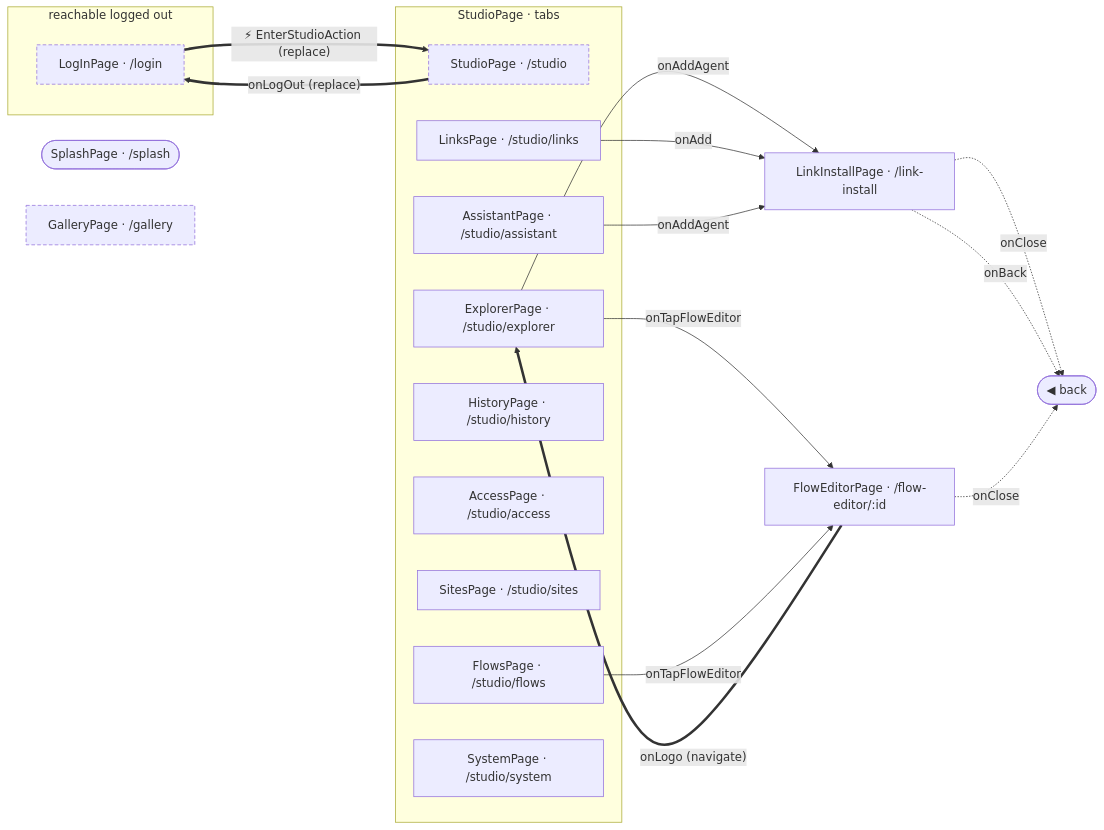
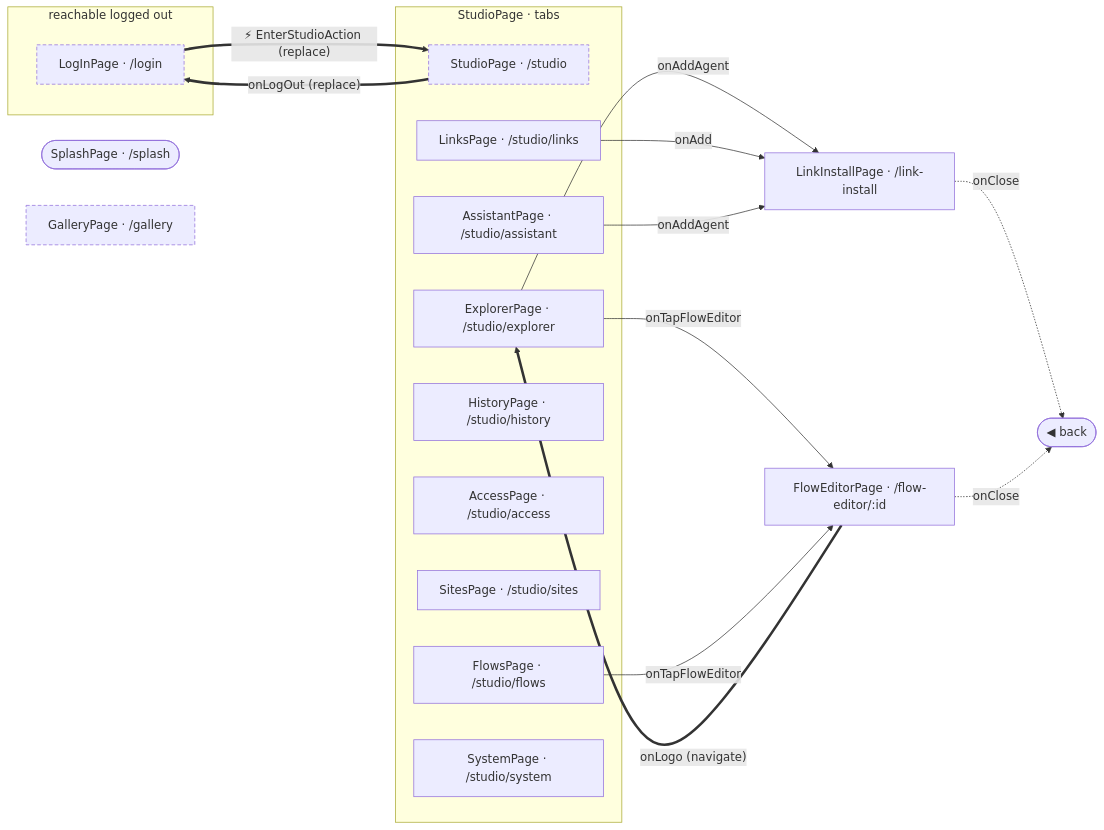
The diagram in studio/docs/flows/README.md (gencto/wyrm), drawn with Mermaid before and after one commit. The commit also changed 1 other file, not shown here.

Commit message:
studio: link install: the flow docs follow the new actions
frx flow --md after InstallBackAction and StartInstallOverAction.

Claude-Session: https://claude.ai/code/session_01Vn3CHdKwteHXtp2aCKjA4g

````diff
--- a/studio/docs/flows/README.md
+++ b/studio/docs/flows/README.md
@@ -7,37 +7,36 @@
 ```mermaid
 flowchart LR
     subgraph frxPublic["reachable logged out"]
         logIn["LogInPage · /login"]
     end
     splash(["SplashPage · /splash"])
     gallery["GalleryPage · /gallery"]
     subgraph frxTabs_studio["StudioPage · tabs"]
         studio["StudioPage · /studio"]
         explorer["ExplorerPage · /studio/explorer"]
         links["LinksPage · /studio/links"]
         flows["FlowsPage · /studio/flows"]
         history["HistoryPage · /studio/history"]
         access["AccessPage · /studio/access"]
         sites["SitesPage · /studio/sites"]
         assistant["AssistantPage · /studio/assistant"]
         system["SystemPage · /studio/system"]
     end
     linkInstall["LinkInstallPage · /link-install"]
     flowEditor["FlowEditorPage · /flow-editor/:id"]
     frxBack(["◀ back"])
 
     logIn ==>|"⚡ EnterStudioAction (replace)"| studio
     studio ==>|"onLogOut (replace)"| logIn
     explorer -->|"onTapFlowEditor"| flowEditor
     explorer -->|"onAddAgent"| linkInstall
     links -->|"onAdd"| linkInstall
     flows -->|"onTapFlowEditor"| flowEditor
     assistant -->|"onAddAgent"| linkInstall
     linkInstall -.->|"onClose"| frxBack
-    linkInstall -.->|"onBack"| frxBack
     flowEditor -.->|"onClose"| frxBack
     flowEditor ==>|"onLogo (navigate)"| explorer
 
     classDef frxEntry stroke-dasharray: 5 3
     class logIn,gallery,studio frxEntry
 ```
````
